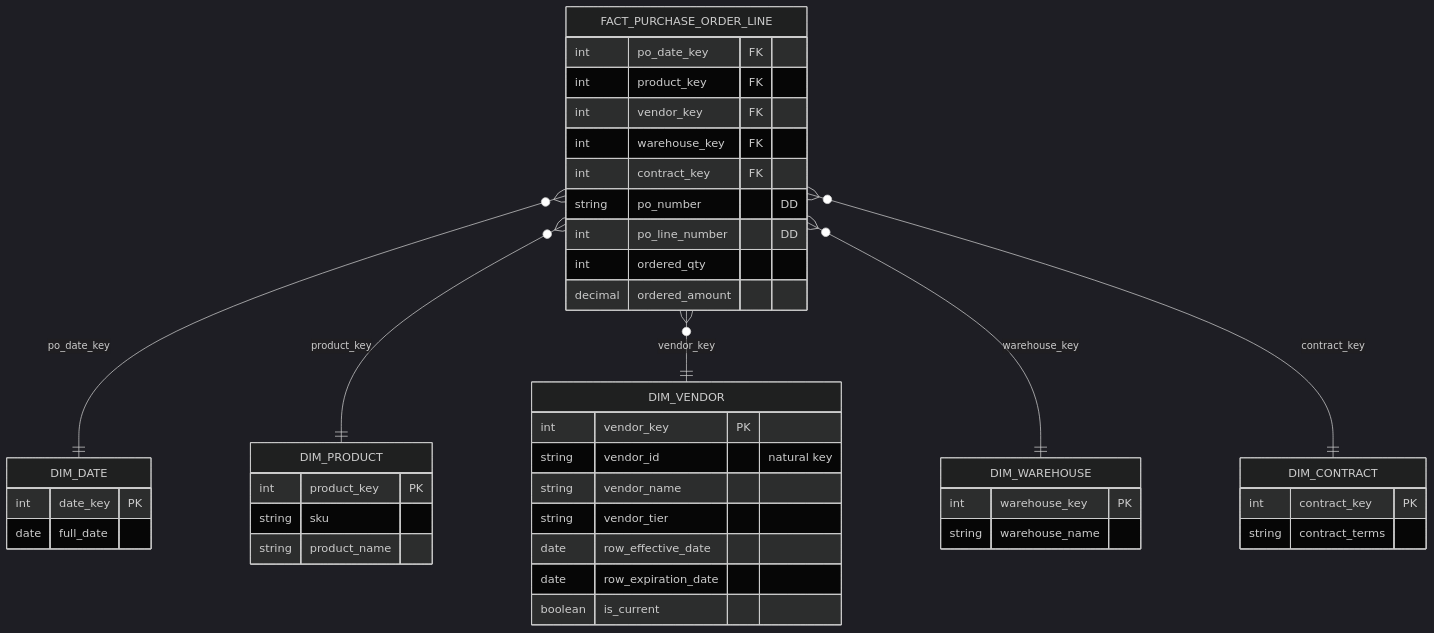
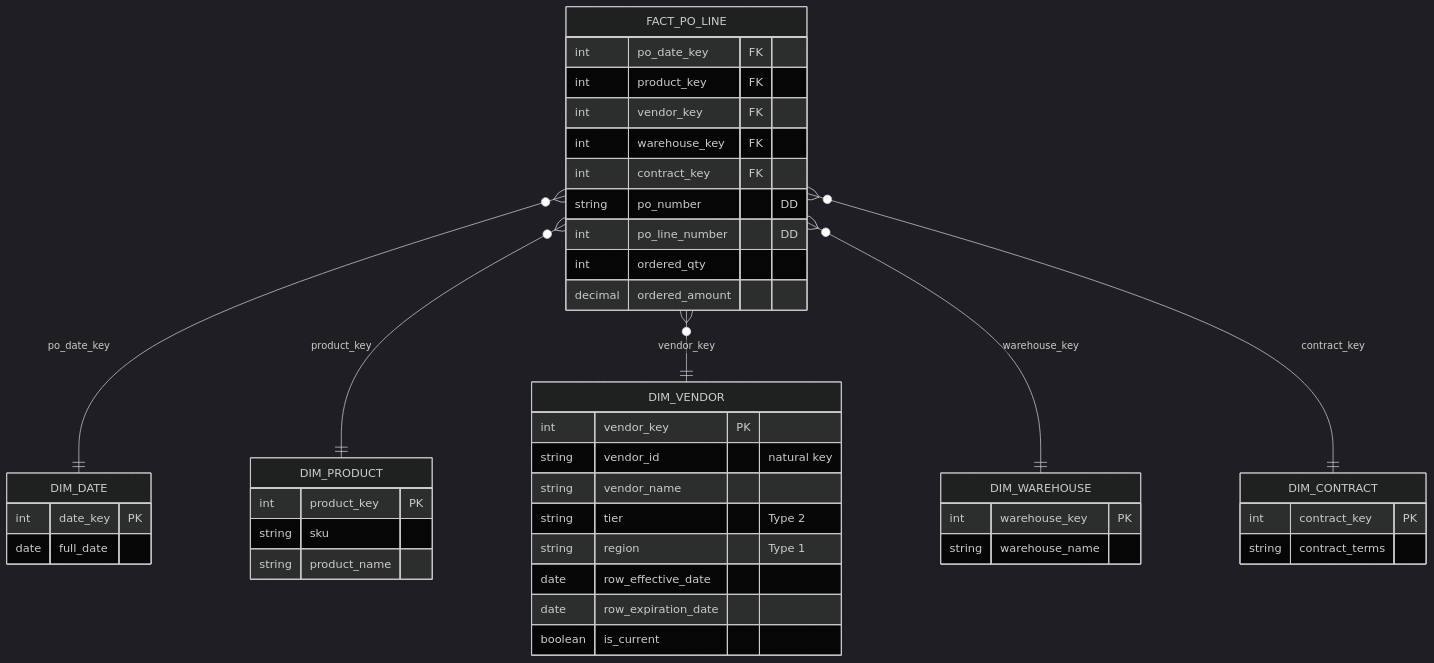
One commit to surfalytics/dataengineer_ru changed the diagram in scripts/kimball-diagrams/src/ch05-procurement-star.mmd. Above: the diagram before and after it, drawn with Mermaid (dark theme). The commit also changed 61 other files, not shown here.

```diff
--- a/scripts/kimball-diagrams/src/ch05-procurement-star.mmd
+++ b/scripts/kimball-diagrams/src/ch05-procurement-star.mmd
@@ -1,43 +1,44 @@
 erDiagram
-  FACT_PURCHASE_ORDER_LINE }o--|| DIM_DATE : "po_date_key"
-  FACT_PURCHASE_ORDER_LINE }o--|| DIM_PRODUCT : "product_key"
-  FACT_PURCHASE_ORDER_LINE }o--|| DIM_VENDOR : "vendor_key"
-  FACT_PURCHASE_ORDER_LINE }o--|| DIM_WAREHOUSE : "warehouse_key"
-  FACT_PURCHASE_ORDER_LINE }o--|| DIM_CONTRACT : "contract_key"
-  FACT_PURCHASE_ORDER_LINE {
+  FACT_PO_LINE }o--|| DIM_DATE : "po_date_key"
+  FACT_PO_LINE }o--|| DIM_PRODUCT : "product_key"
+  FACT_PO_LINE }o--|| DIM_VENDOR : "vendor_key"
+  FACT_PO_LINE }o--|| DIM_WAREHOUSE : "warehouse_key"
+  FACT_PO_LINE }o--|| DIM_CONTRACT : "contract_key"
+  FACT_PO_LINE {
     int po_date_key FK
     int product_key FK
     int vendor_key FK
     int warehouse_key FK
     int contract_key FK
     string po_number "DD"
     int po_line_number "DD"
     int ordered_qty
     decimal ordered_amount
   }
   DIM_VENDOR {
     int vendor_key PK
     string vendor_id "natural key"
     string vendor_name
-    string vendor_tier
+    string tier "Type 2"
+    string region "Type 1"
     date row_effective_date
     date row_expiration_date
     boolean is_current
   }
   DIM_PRODUCT {
     int product_key PK
     string sku
     string product_name
   }
   DIM_WAREHOUSE {
     int warehouse_key PK
     string warehouse_name
   }
   DIM_CONTRACT {
     int contract_key PK
     string contract_terms
   }
   DIM_DATE {
     int date_key PK
     date full_date
   }
```
